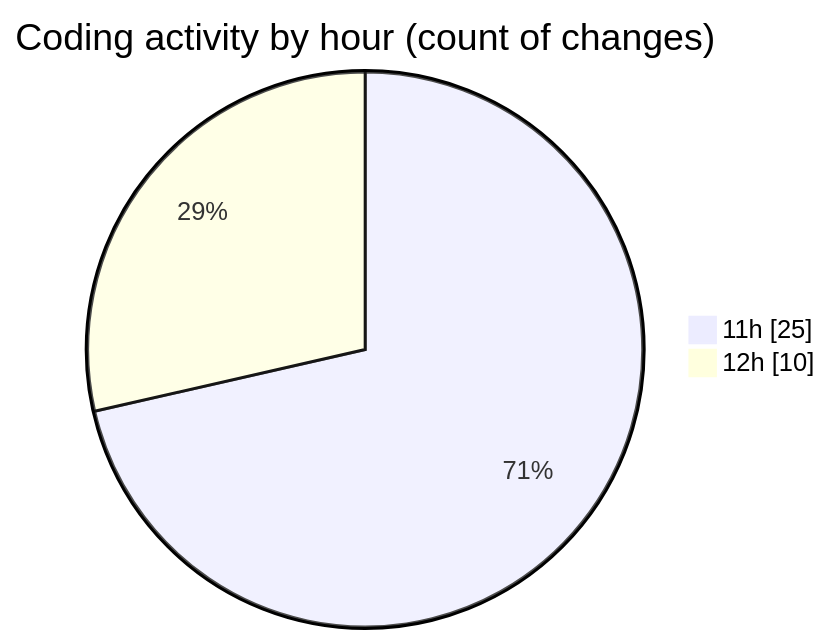
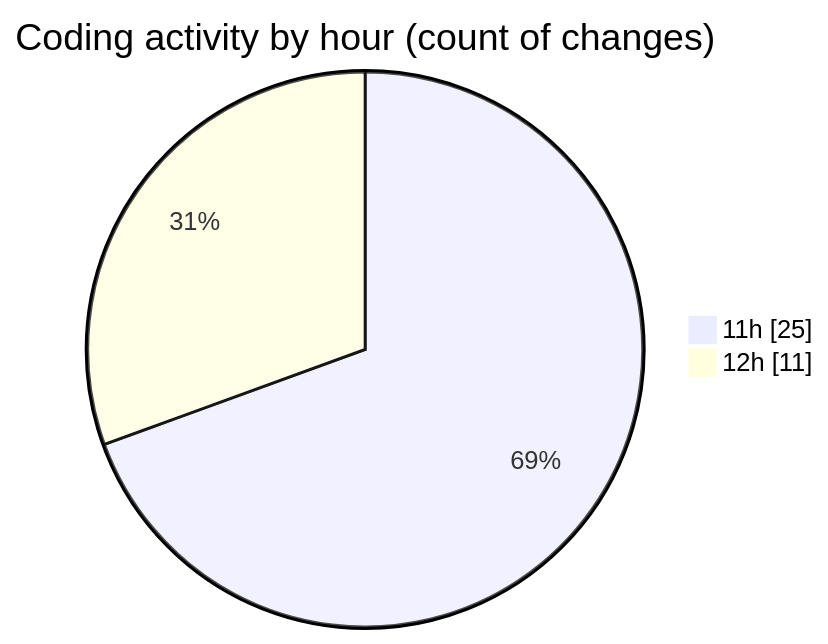
The second of 2 diagrams in 2025-08-13/nxtqube_webapp/README.md (nxtqubesakshisongat/code-tracking), drawn with Mermaid before and after one commit. The commit also changed other lines of this file and 1 other file, not shown here.

````diff
--- a/2025-08-13/nxtqube_webapp/README.md
+++ b/2025-08-13/nxtqube_webapp/README.md
@@ -32,6 +32,6 @@
 ```mermaid
 pie showData
 title Coding activity by hour (count of changes)
 "11h" : 25
-"12h" : 10
+"12h" : 11
 ```
````
